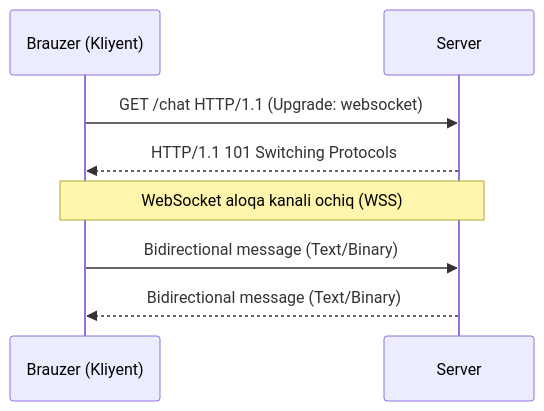
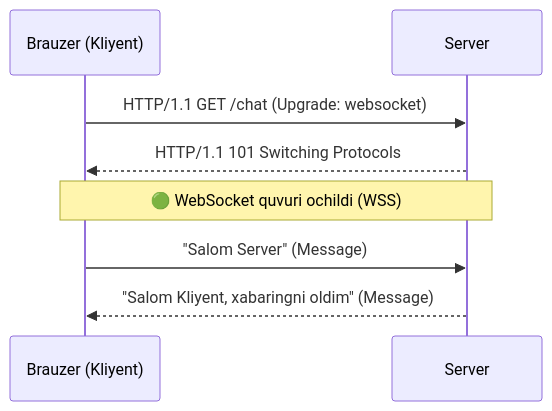
One commit to nusretoglu/senior-frontend-roadmap changed the diagram in docs/09-realtime-systems/01-websocket.md. Above: the diagram before and after it, drawn with Mermaid. The commit also changed other lines of this file and 143 other files, not shown here.

````diff
--- a/docs/09-realtime-systems/01-websocket.md
+++ b/docs/09-realtime-systems/01-websocket.md
@@ -22,11 +23,11 @@
 ```mermaid
 sequenceDiagram
     participant Browser as Brauzer (Kliyent)
     participant Server as Server
     
-    Browser->>Server: GET /chat HTTP/1.1 (Upgrade: websocket)
+    Browser->>Server: HTTP/1.1 GET /chat (Upgrade: websocket)
     Server-->>Browser: HTTP/1.1 101 Switching Protocols
-    Note over Browser,Server: WebSocket aloqa kanali ochiq (WSS)
-    Browser->>Server: Bidirectional message (Text/Binary)
-    Server-->>Browser: Bidirectional message (Text/Binary)
+    Note over Browser,Server: 🟢 WebSocket quvuri ochildi (WSS)
+    Browser->>Server: "Salom Server" (Message)
+    Server-->>Browser: "Salom Kliyent, xabaringni oldim" (Message)
 ```
````
